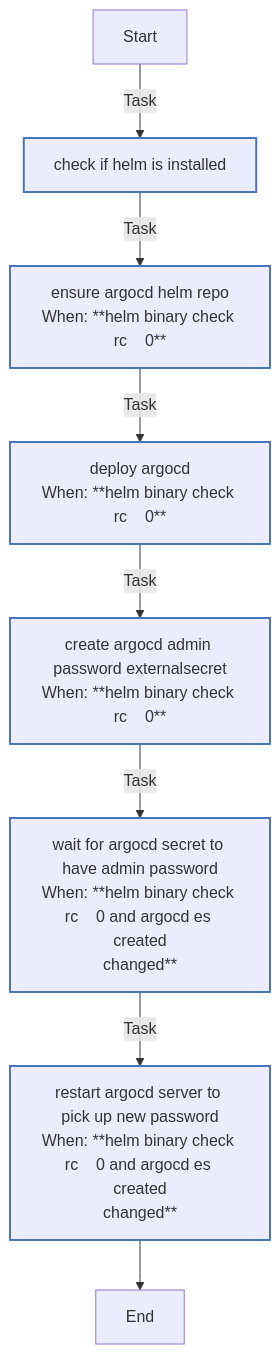
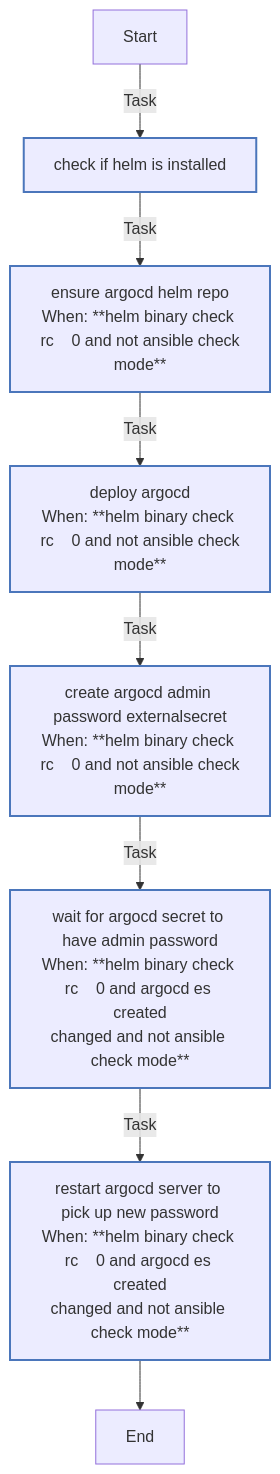
Before and after one commit to rou-cru/k3s-homelab: the diagram in roles/argocd/README.md, drawn with Mermaid. The commit also changed other lines of this file and 57 other files, not shown here.

````diff
--- a/roles/argocd/README.md
+++ b/roles/argocd/README.md
@@ -74,20 +77,20 @@
 ```mermaid
 flowchart TD
 Start
 classDef block stroke:#3498db,stroke-width:2px;
 classDef task stroke:#4b76bb,stroke-width:2px;
 classDef includeTasks stroke:#16a085,stroke-width:2px;
 classDef importTasks stroke:#34495e,stroke-width:2px;
 classDef includeRole stroke:#2980b9,stroke-width:2px;
 classDef importRole stroke:#699ba7,stroke-width:2px;
 classDef includeVars stroke:#8e44ad,stroke-width:2px;
 classDef rescue stroke:#665352,stroke-width:2px;
 
   Start-->|Task| Check_if_Helm_is_installed0[check if helm is installed]:::task
-  Check_if_Helm_is_installed0-->|Task| Ensure_ArgoCD_Helm_repo1[ensure argocd helm repo<br>When: **helm binary check rc    0**]:::task
-  Ensure_ArgoCD_Helm_repo1-->|Task| Deploy_ArgoCD2[deploy argocd<br>When: **helm binary check rc    0**]:::task
-  Deploy_ArgoCD2-->|Task| Create_ArgoCD_Admin_Password_ExternalSecret3[create argocd admin password externalsecret<br>When: **helm binary check rc    0**]:::task
-  Create_ArgoCD_Admin_Password_ExternalSecret3-->|Task| Wait_for_argocd_secret_to_have_admin_password4[wait for argocd secret to have admin password<br>When: **helm binary check rc    0 and argocd es created<br>changed**]:::task
-  Wait_for_argocd_secret_to_have_admin_password4-->|Task| Restart_ArgoCD_Server_to_pick_up_new_password5[restart argocd server to pick up new password<br>When: **helm binary check rc    0 and argocd es created<br>changed**]:::task
+  Check_if_Helm_is_installed0-->|Task| Ensure_ArgoCD_Helm_repo1[ensure argocd helm repo<br>When: **helm binary check rc    0 and not ansible check<br>mode**]:::task
+  Ensure_ArgoCD_Helm_repo1-->|Task| Deploy_ArgoCD2[deploy argocd<br>When: **helm binary check rc    0 and not ansible check<br>mode**]:::task
+  Deploy_ArgoCD2-->|Task| Create_ArgoCD_Admin_Password_ExternalSecret3[create argocd admin password externalsecret<br>When: **helm binary check rc    0 and not ansible check<br>mode**]:::task
+  Create_ArgoCD_Admin_Password_ExternalSecret3-->|Task| Wait_for_argocd_secret_to_have_admin_password4[wait for argocd secret to have admin password<br>When: **helm binary check rc    0 and argocd es created<br>changed and not ansible check mode**]:::task
+  Wait_for_argocd_secret_to_have_admin_password4-->|Task| Restart_ArgoCD_Server_to_pick_up_new_password5[restart argocd server to pick up new password<br>When: **helm binary check rc    0 and argocd es created<br>changed and not ansible check mode**]:::task
   Restart_ArgoCD_Server_to_pick_up_new_password5-->End
 ```
````
